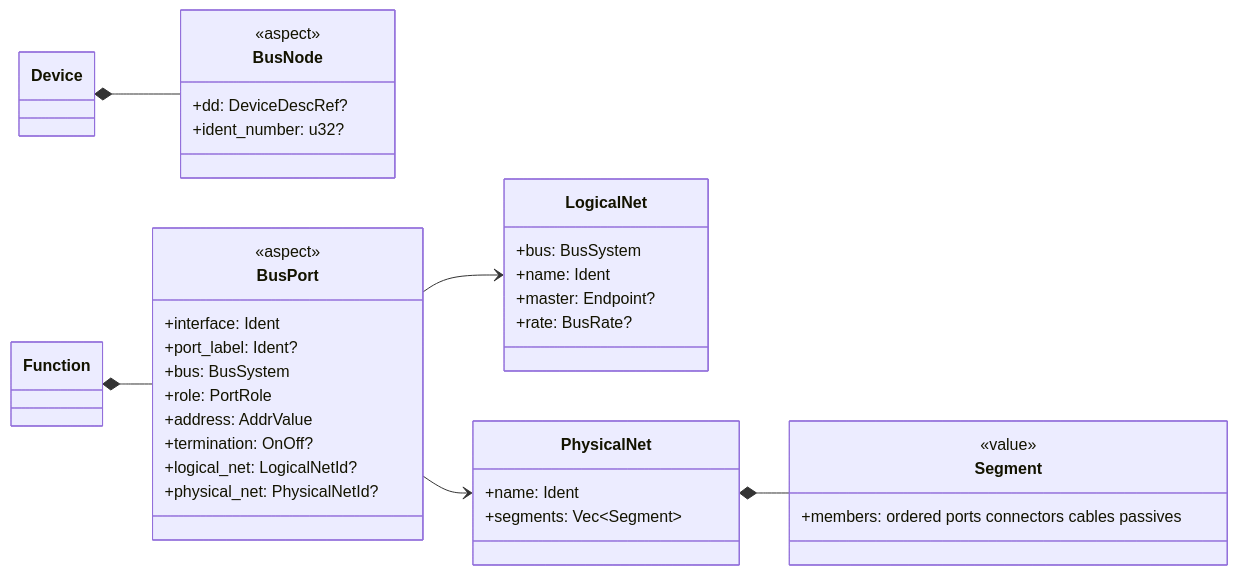
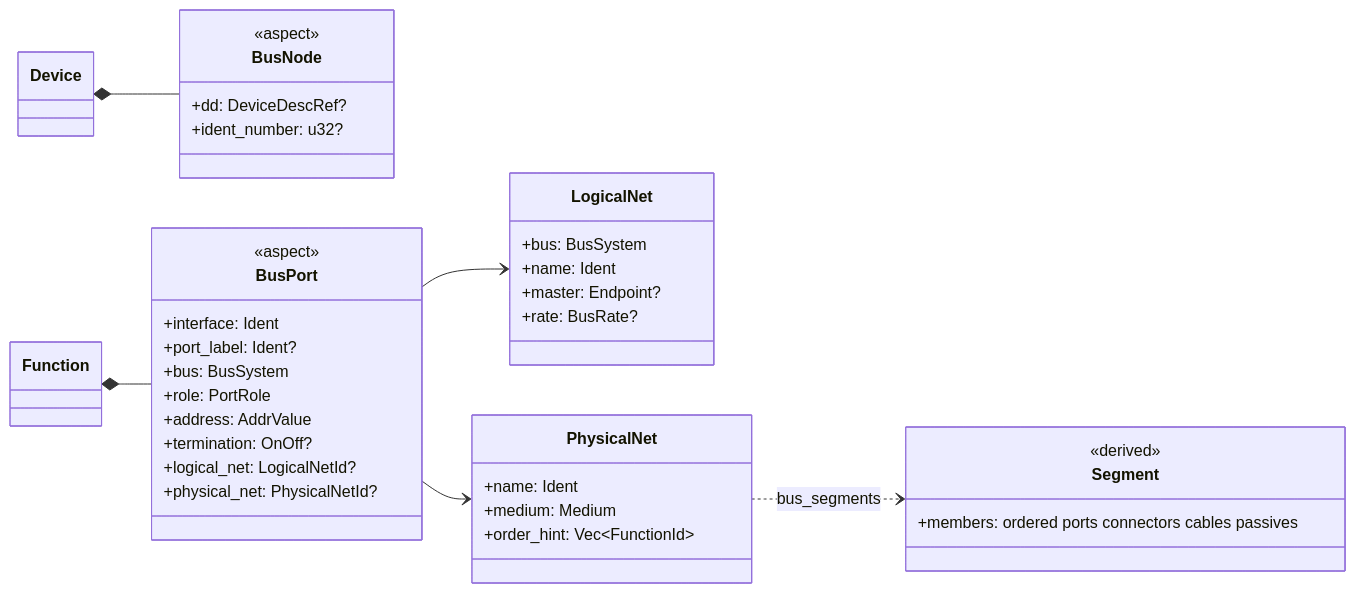
One commit to Ironkode787/ElektraWatt changed diagram 15 of 20 in docs/design/03-domain-model.md. Above: the diagram before and after it, drawn with Mermaid. The commit also changed other lines of this file and 51 other files, not shown here.

````diff
--- a/docs/design/03-domain-model.md
+++ b/docs/design/03-domain-model.md
@@ -1502,41 +1622,42 @@
 ```mermaid
 classDiagram
   direction LR
   class BusNode {
     <<aspect>>
     +dd: DeviceDescRef?
     +ident_number: u32?
   }
   class BusPort {
     <<aspect>>
     +interface: Ident
     +port_label: Ident?
     +bus: BusSystem
     +role: PortRole
     +address: AddrValue
     +termination: OnOff?
     +logical_net: LogicalNetId?
     +physical_net: PhysicalNetId?
   }
   class LogicalNet {
     +bus: BusSystem
     +name: Ident
     +master: Endpoint?
     +rate: BusRate?
   }
   class PhysicalNet {
     +name: Ident
-    +segments: Vec~Segment~
+    +medium: Medium
+    +order_hint: Vec~FunctionId~
   }
   class Segment {
-    <<value>>
+    <<derived>>
     +members: ordered ports connectors cables passives
   }
   class Function
   class Device
   Device *-- BusNode
   Function *-- BusPort
   BusPort --> LogicalNet
   BusPort --> PhysicalNet
-  PhysicalNet *-- Segment
+  PhysicalNet ..> Segment : bus_segments
 ```
````
